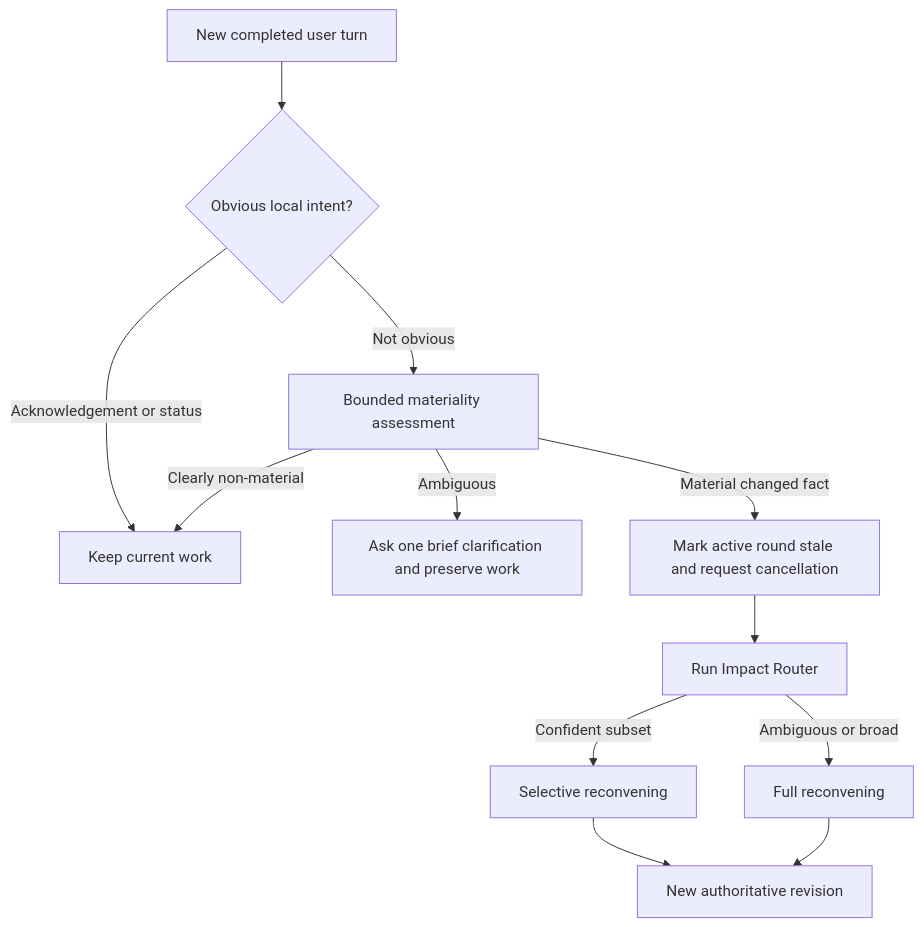
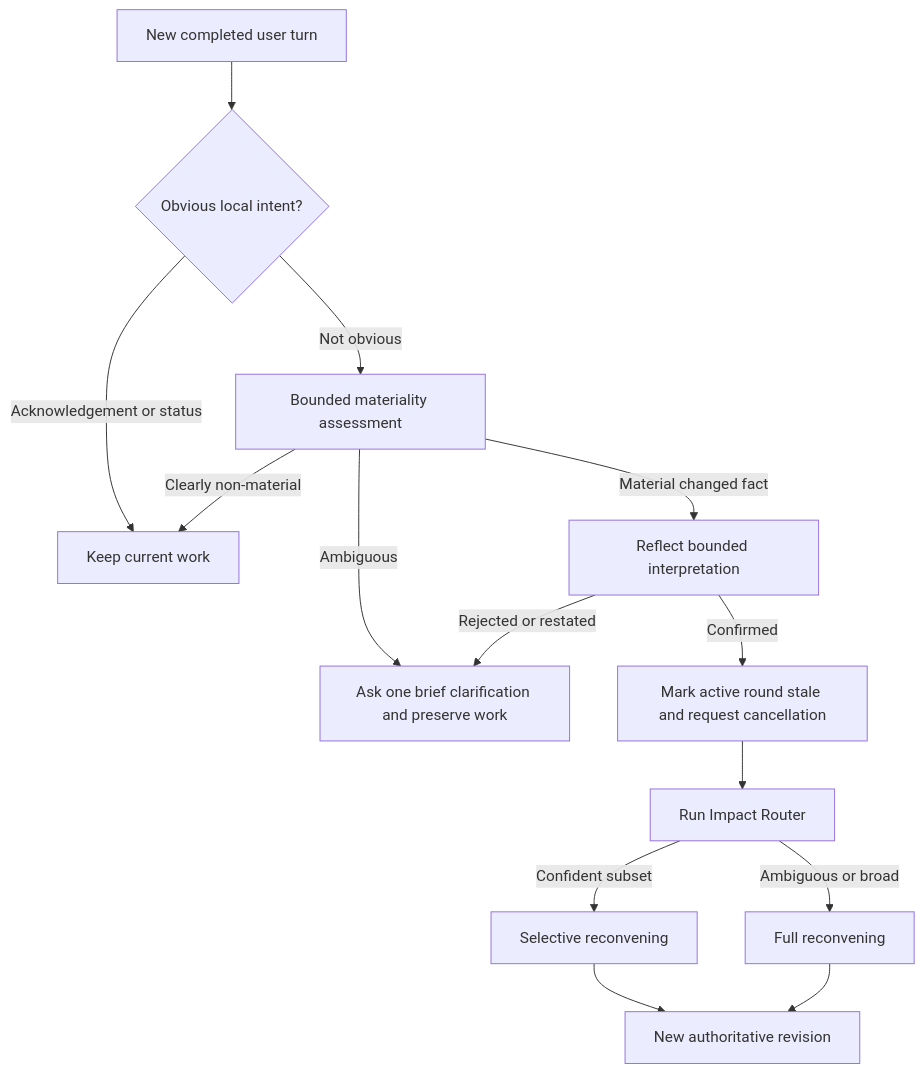
Before and after one commit to Laksh-star/sagacity-syndicate: the eighth of 9 diagrams in ARCHITECTURE.md, drawn with Mermaid. The commit also changed other lines of this file and 25 other files, not shown here.

````diff
--- a/ARCHITECTURE.md
+++ b/ARCHITECTURE.md
@@ -381,14 +387,16 @@
 ```mermaid
 flowchart TD
     U[New completed user turn] --> FAST{Obvious local intent?}
     FAST -->|Acknowledgement or status| KEEP[Keep current work]
     FAST -->|Not obvious| MA[Bounded materiality assessment]
     MA -->|Clearly non-material| KEEP
     MA -->|Ambiguous| ASK[Ask one brief clarification and preserve work]
-    MA -->|Material changed fact| STALE[Mark active round stale and request cancellation]
+    MA -->|Material changed fact| CONFIRM[Reflect bounded interpretation]
+    CONFIRM -->|Rejected or restated| ASK
+    CONFIRM -->|Confirmed| STALE[Mark active round stale and request cancellation]
     STALE --> IR[Run Impact Router]
     IR -->|Confident subset| SEL[Selective reconvening]
     IR -->|Ambiguous or broad| FULL[Full reconvening]
     SEL --> NEW[New authoritative revision]
     FULL --> NEW
 ```
````
